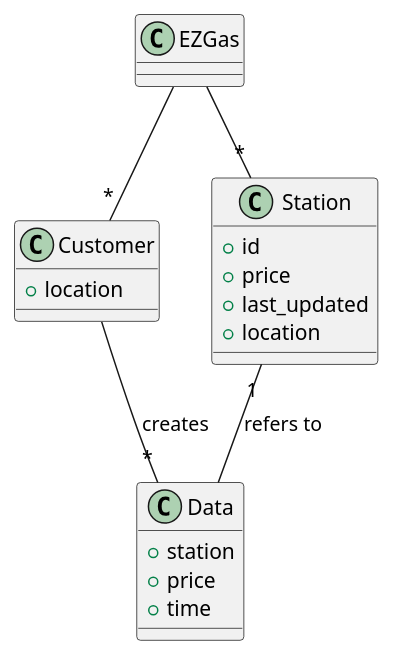
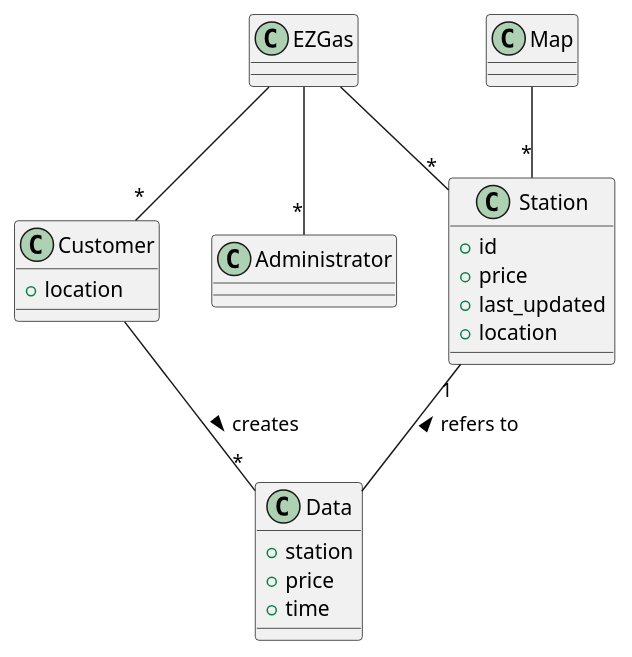
The third of 4 diagrams in REQ_s274148.md (SoftengPoliTo/Lab2), drawn with PlantUML before and after one commit.

Commit message:
Glossary: add Administrator and Map

````diff
--- a/REQ_s274148.md
+++ b/REQ_s274148.md
@@ -200,25 +200,33 @@
 ```plantuml
 class EZGas
 class Customer {
 + location
+}
+
+class Administrator {
 }
 
 class Station {
 + id
 + price
 + last_updated
 + location
 }
 
 class Data {
 + station
 + price
 + time
 }
 
+class Map {
+}
+
 EZGas -- "*" Customer
+EZGas -- "*" Administrator
 EZGas -- "*" Station
-Customer -- "*" Data: creates
-Station "1" --  Data : refers to
+Customer -- "*" Data: creates >
+Station "1" --  Data : refers to <
+Map -- "*" Station
 
 ```
````
